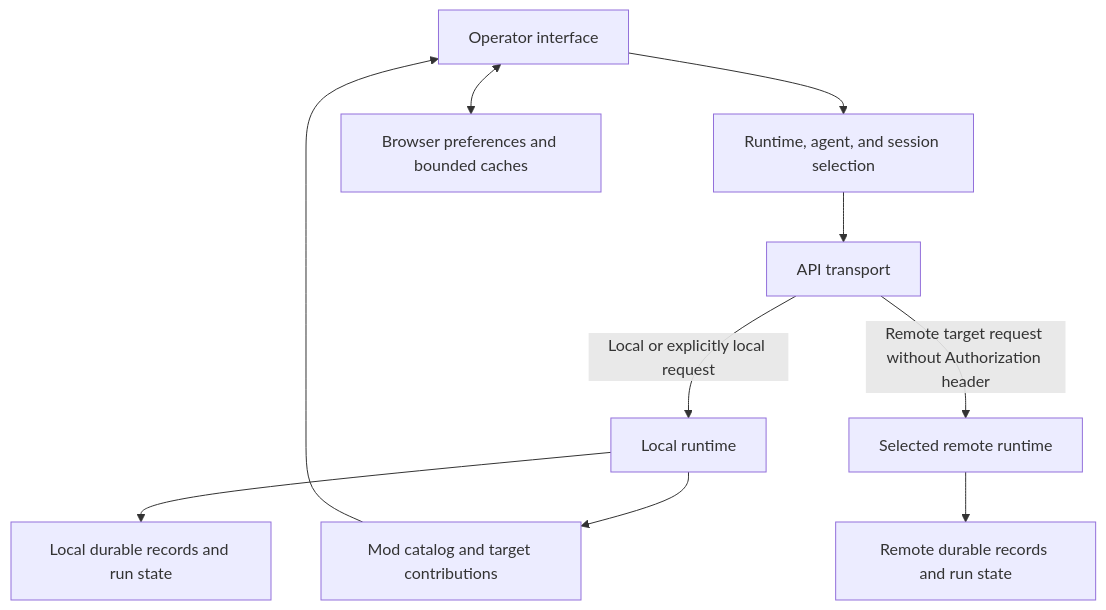
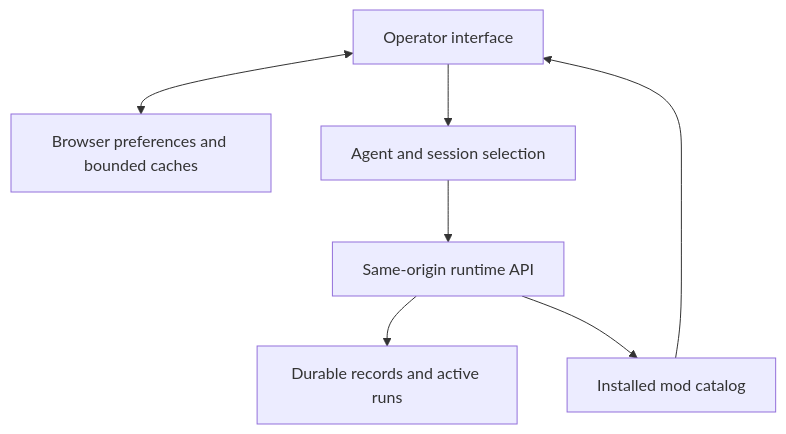
One commit to NightShaman/Burrow changed the diagram in docs/concepts/interface.md. Above: the diagram before and after it, drawn with Mermaid. The commit also changed other lines of this file and 35 other files, not shown here.

````diff
--- a/docs/concepts/interface.md
+++ b/docs/concepts/interface.md
@@ -38,12 +38,9 @@
 ```mermaid
 flowchart TD
-    Browser[Operator interface] --> Selection[Runtime, agent, and session selection]
-    Browser <--> Cache[Browser preferences and bounded caches]
-    Selection --> Transport[API transport]
-    Transport -->|Local or explicitly local request| Local[Local runtime]
-    Transport -->|Remote target request without Authorization header| Remote[Selected remote runtime]
-    Local --> Catalog[Mod catalog and target contributions]
-    Catalog --> Browser
-    Local --> LocalData[Local durable records and run state]
-    Remote --> RemoteData[Remote durable records and run state]
+    Browser[Operator interface] <--> Cache[Browser preferences and bounded caches]
+    Browser --> Selection[Agent and session selection]
+    Selection --> Local[Same-origin runtime API]
+    Local --> State[Durable records and active runs]
+    Local --> Mods[Installed mod catalog]
+    Mods --> Browser
 ```
````
